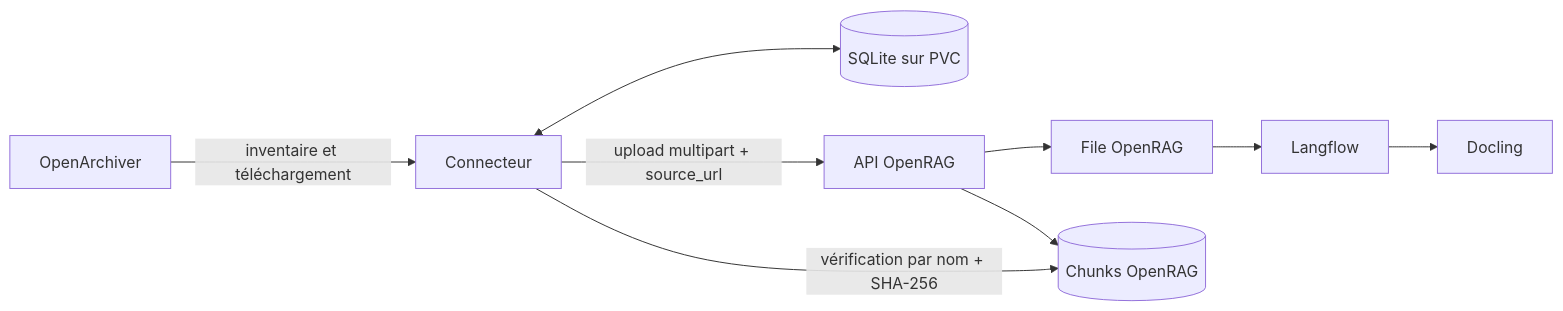
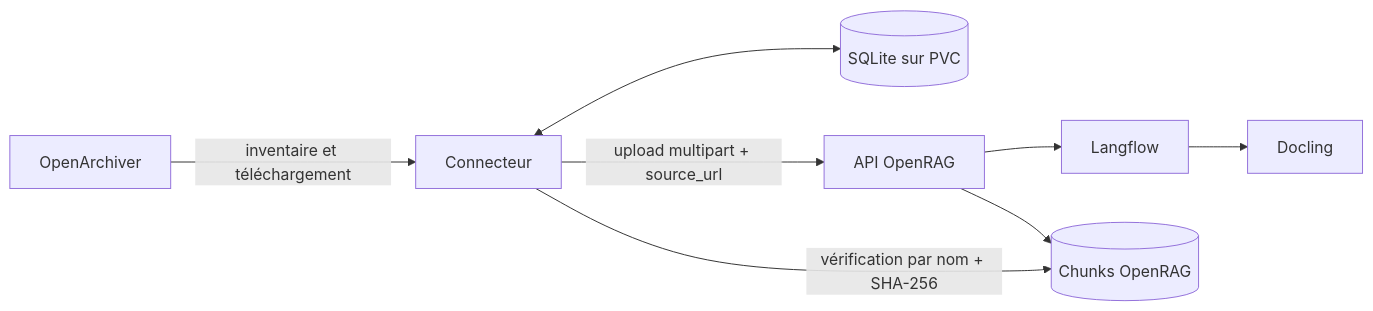
The diagram in README.md (FermedePommerieux/openrag-openarchiver-connector), drawn with Mermaid before and after one commit. The commit also changed other lines of this file and 2 other files, not shown here.

````diff
--- a/README.md
+++ b/README.md
@@ -14,11 +14,10 @@
 ```mermaid
 flowchart LR
     OA[OpenArchiver] -->|inventaire et téléchargement| C[Connecteur]
     C <--> DB[(SQLite sur PVC)]
     C -->|upload multipart + source_url| API[API OpenRAG]
-    API --> Q[File OpenRAG]
-    Q --> LF[Langflow]
+    API --> LF[Langflow]
     LF --> D[Docling]
     API --> OS[(Chunks OpenRAG)]
     C -->|vérification par nom + SHA-256| OS
 ```
````
